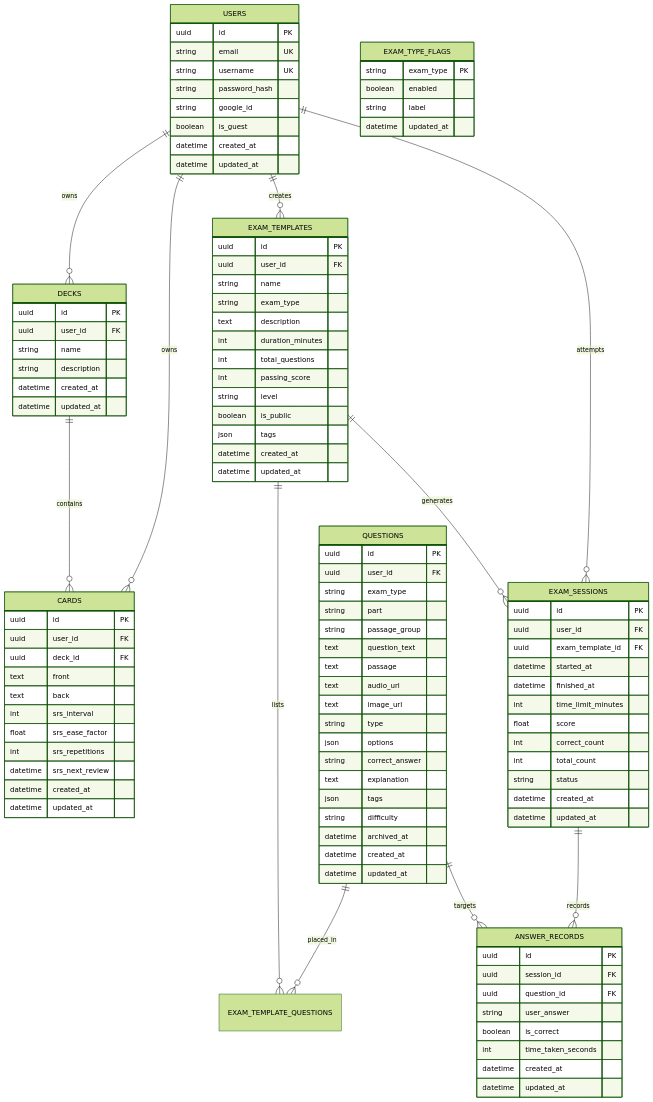
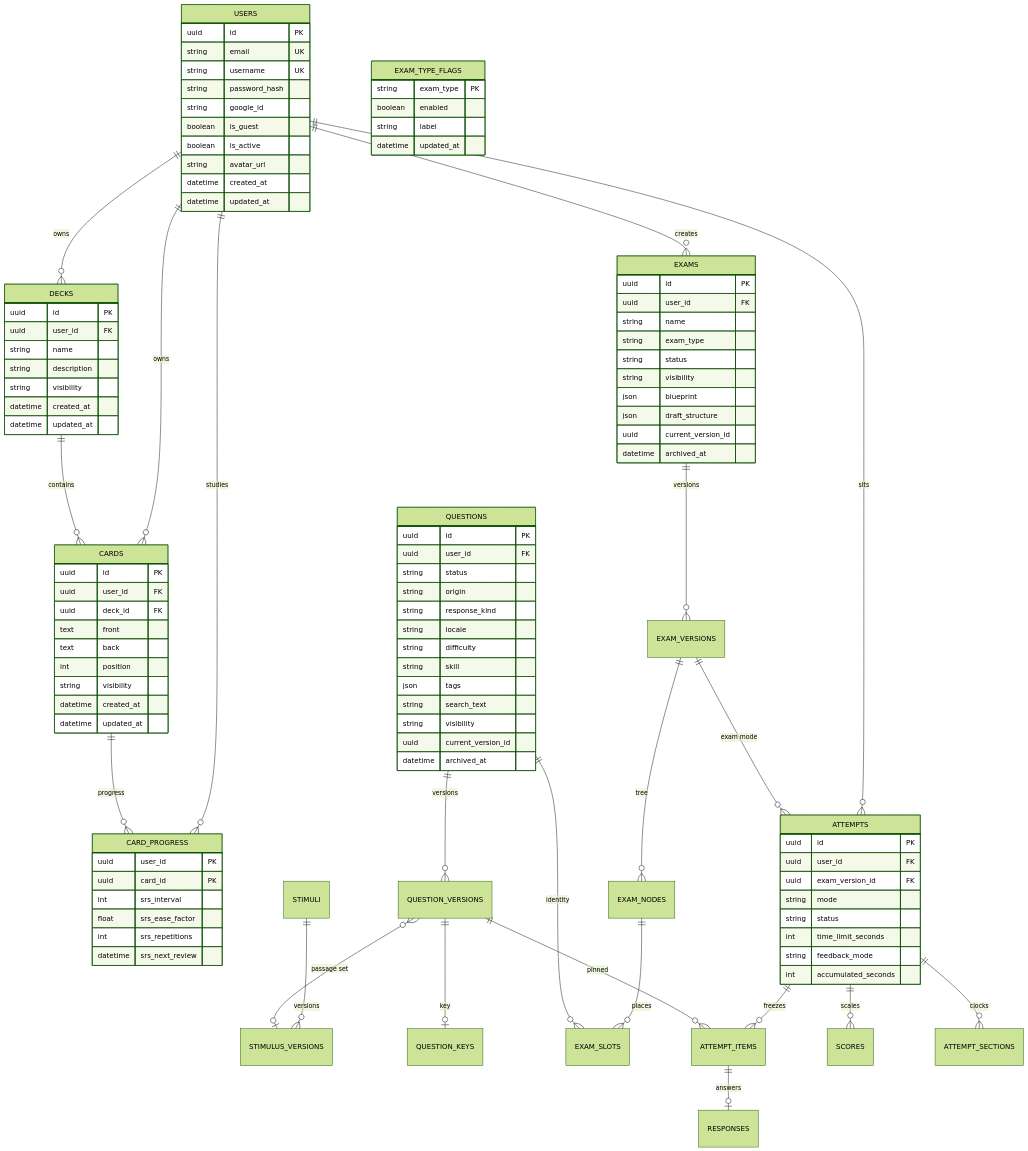
Before and after one commit to newtc22222/technical-documents: the diagram in docs/lingu-flow/architecture/architecture-and-database-schema.md, drawn with Mermaid (forest theme). The commit also changed other lines of this file and 6 other files, not shown here.

Commit message:
docs(lingu-flow): sync architecture section with assessment v2 design

```diff
--- a/docs/lingu-flow/architecture/architecture-and-database-schema.md
+++ b/docs/lingu-flow/architecture/architecture-and-database-schema.md
@@ -18,15 +21,26 @@
 erDiagram
     USERS ||--o{ DECKS : owns
     USERS ||--o{ CARDS : owns
-    USERS ||--o{ EXAM_TEMPLATES : creates
-    USERS ||--o{ EXAM_SESSIONS : attempts
+    USERS ||--o{ CARD_PROGRESS : studies
+    USERS ||--o{ EXAMS : creates
+    USERS ||--o{ ATTEMPTS : sits
     DECKS ||--o{ CARDS : contains
+    CARDS ||--o{ CARD_PROGRESS : progress
 
-    EXAM_TEMPLATES ||--o{ EXAM_TEMPLATE_QUESTIONS : lists
-    QUESTIONS ||--o{ EXAM_TEMPLATE_QUESTIONS : placed_in
-    EXAM_TEMPLATES ||--o{ EXAM_SESSIONS : generates
-    EXAM_SESSIONS ||--o{ ANSWER_RECORDS : records
-    QUESTIONS ||--o{ ANSWER_RECORDS : targets
+    STIMULI ||--o{ STIMULUS_VERSIONS : versions
+    QUESTIONS ||--o{ QUESTION_VERSIONS : versions
+    QUESTION_VERSIONS ||--o| QUESTION_KEYS : key
+    QUESTION_VERSIONS }o--o| STIMULUS_VERSIONS : "passage set"
+    EXAMS ||--o{ EXAM_VERSIONS : versions
+    EXAM_VERSIONS ||--o{ EXAM_NODES : tree
+    EXAM_NODES ||--o{ EXAM_SLOTS : places
+    QUESTIONS ||--o{ EXAM_SLOTS : identity
+    EXAM_VERSIONS ||--o{ ATTEMPTS : "exam mode"
+    ATTEMPTS ||--o{ ATTEMPT_ITEMS : freezes
+    QUESTION_VERSIONS ||--o{ ATTEMPT_ITEMS : pinned
+    ATTEMPT_ITEMS ||--o| RESPONSES : answers
+    ATTEMPTS ||--o{ SCORES : scales
+    ATTEMPTS ||--o{ ATTEMPT_SECTIONS : clocks
 
     USERS {
         uuid id PK
@@ -35,6 +49,8 @@
         string password_hash
         string google_id
         boolean is_guest
+        boolean is_active
+        string avatar_url
         datetime created_at
         datetime updated_at
     }
@@ -44,6 +60,7 @@
         uuid user_id FK
         string name
         string description
+        string visibility
         datetime created_at
         datetime updated_at
     }
@@ -54,75 +71,59 @@
         uuid deck_id FK
         text front
         text back
+        int position
+        string visibility
+        datetime created_at
+        datetime updated_at
+    }
+
+    CARD_PROGRESS {
+        uuid user_id PK
+        uuid card_id PK
         int srs_interval
         float srs_ease_factor
         int srs_repetitions
         datetime srs_next_review
-        datetime created_at
-        datetime updated_at
-    }
-
-    EXAM_TEMPLATES {
-        uuid id PK
-        uuid user_id FK
-        string name
-        string exam_type
-        text description
-        int duration_minutes
-        int total_questions
-        int passing_score
-        string level
-        boolean is_public
-        json tags
-        datetime created_at
-        datetime updated_at
     }
 
     QUESTIONS {
         uuid id PK
         uuid user_id FK
-        string exam_type
-        string part
-        string passage_group
-        text question_text
-        text passage
-        text audio_url
-        text image_url
-        string type
-        json options
-        string correct_answer
-        text explanation
+        string status
+        string origin
+        string response_kind
+        string locale
+        string difficulty
+        string skill
         json tags
-        string difficulty
+        string search_text
+        string visibility
+        uuid current_version_id
         datetime archived_at
-        datetime created_at
-        datetime updated_at
     }
 
-    EXAM_SESSIONS {
+    EXAMS {
         uuid id PK
         uuid user_id FK
-        uuid exam_template_id FK
-        datetime started_at
-        datetime finished_at
-        int time_limit_minutes
-        float score
-        int correct_count
-        int total_count
+        string name
+        string exam_type
         string status
-        datetime created_at
-        datetime updated_at
+        string visibility
+        json blueprint
+        json draft_structure
+        uuid current_version_id
+        datetime archived_at
     }
 
-    ANSWER_RECORDS {
+    ATTEMPTS {
         uuid id PK
-        uuid session_id FK
-        uuid question_id FK
-        string user_answer
-        boolean is_correct
-        int time_taken_seconds
-        datetime created_at
-        datetime updated_at
+        uuid user_id FK
+        uuid exam_version_id FK
+        string mode
+        string status
+        int time_limit_seconds
+        string feedback_mode
+        int accumulated_seconds
     }
 
     EXAM_TYPE_FLAGS {
```
